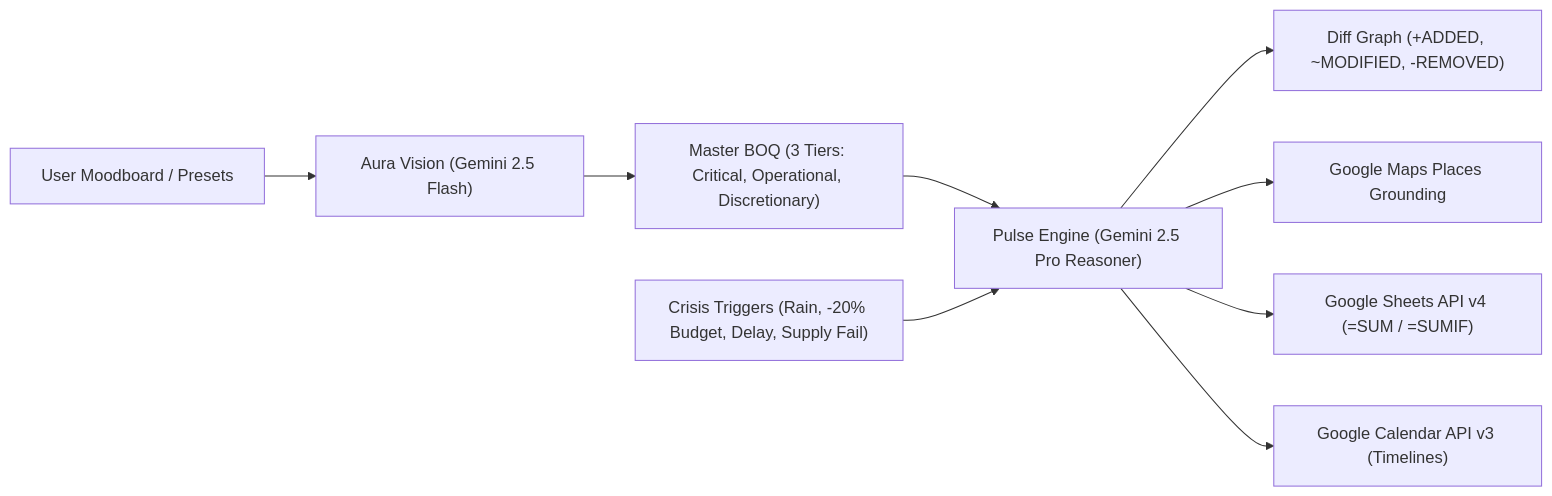
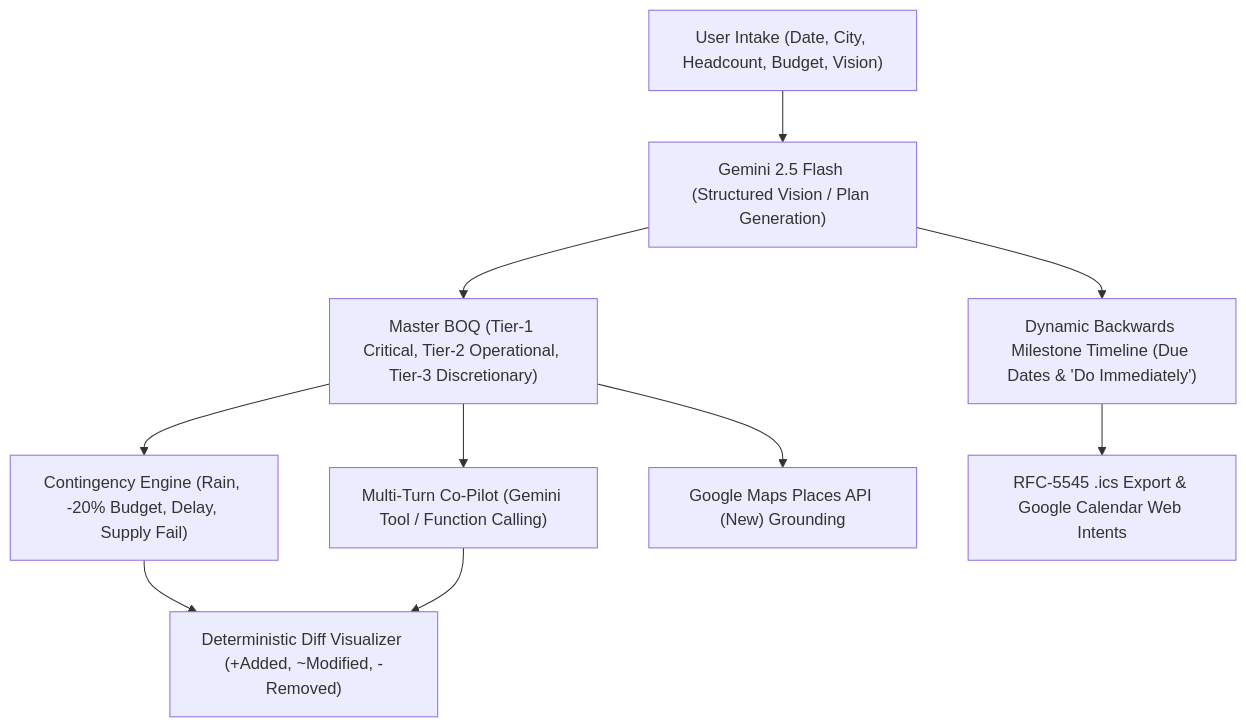
The diagram in README.md (NikhilPande008/AuraPulse-AI), drawn with Mermaid before and after one commit. The commit also changed other lines of this file and 33 other files, not shown here.

````diff
--- a/README.md
+++ b/README.md
@@ -73,11 +81,12 @@
 ```mermaid
-flowchart LR
-    A["User Moodboard / Presets"] --> B["Aura Vision (Gemini 2.5 Flash)"]
-    B --> C["Master BOQ (3 Tiers: Critical, Operational, Discretionary)"]
-    C --> D["Pulse Engine (Gemini 2.5 Pro Reasoner)"]
-    E["Crisis Triggers (Rain, -20% Budget, Delay, Supply Fail)"] --> D
-    D --> F["Diff Graph (+ADDED, ~MODIFIED, -REMOVED)"]
-    D --> G["Google Maps Places Grounding"]
-    D --> H["Google Sheets API v4 (=SUM / =SUMIF)"]
-    D --> I["Google Calendar API v3 (Timelines)"]
+flowchart TD
+    User["User Intake (Date, City, Headcount, Budget, Vision)"] --> Vision["Gemini 2.5 Flash (Structured Vision / Plan Generation)"]
+    Vision --> BOQ["Master BOQ (Tier-1 Critical, Tier-2 Operational, Tier-3 Discretionary)"]
+    Vision --> Timeline["Dynamic Backwards Milestone Timeline (Due Dates & 'Do Immediately')"]
+    BOQ --> Contingency["Contingency Engine (Rain, -20% Budget, Delay, Supply Fail)"]
+    Contingency --> Diff["Deterministic Diff Visualizer (+Added, ~Modified, -Removed)"]
+    BOQ --> CoPilot["Multi-Turn Co-Pilot (Gemini Tool / Function Calling)"]
+    CoPilot --> Diff
+    BOQ --> Places["Google Maps Places API (New) Grounding"]
+    Timeline --> ICS["RFC-5545 .ics Export & Google Calendar Web Intents"]
 ```
````
